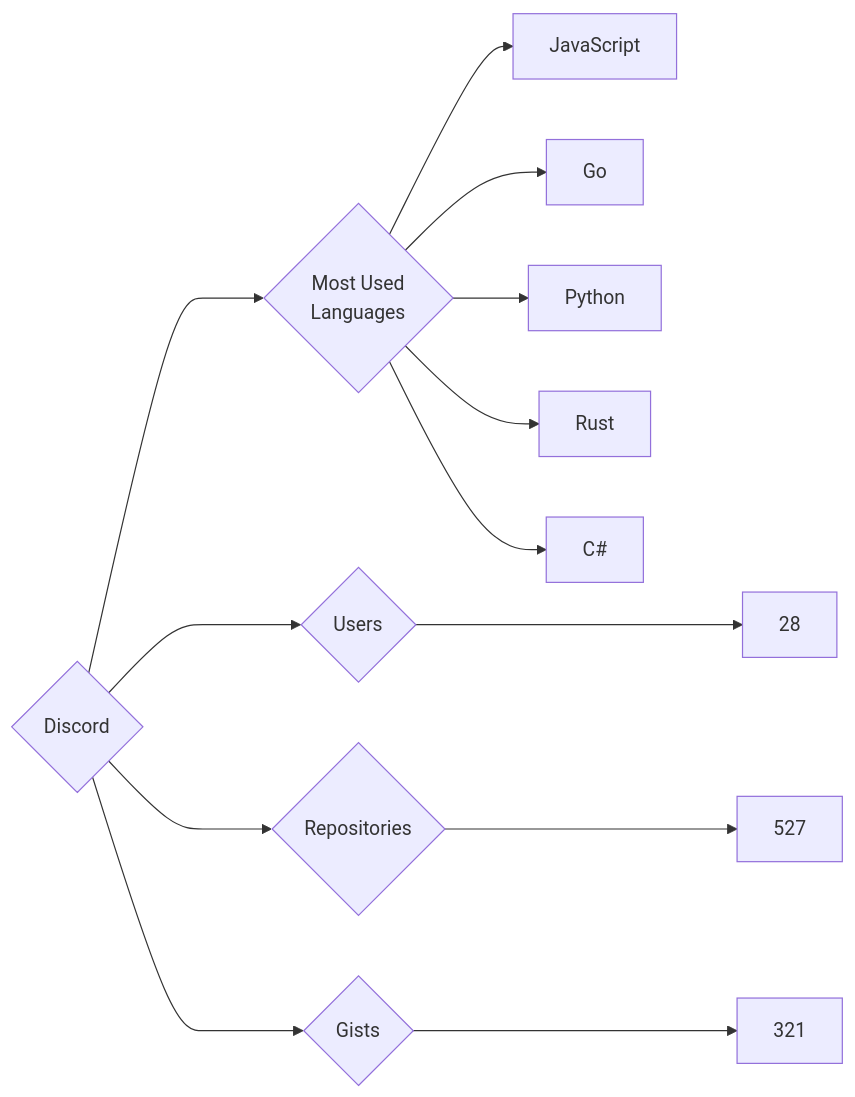
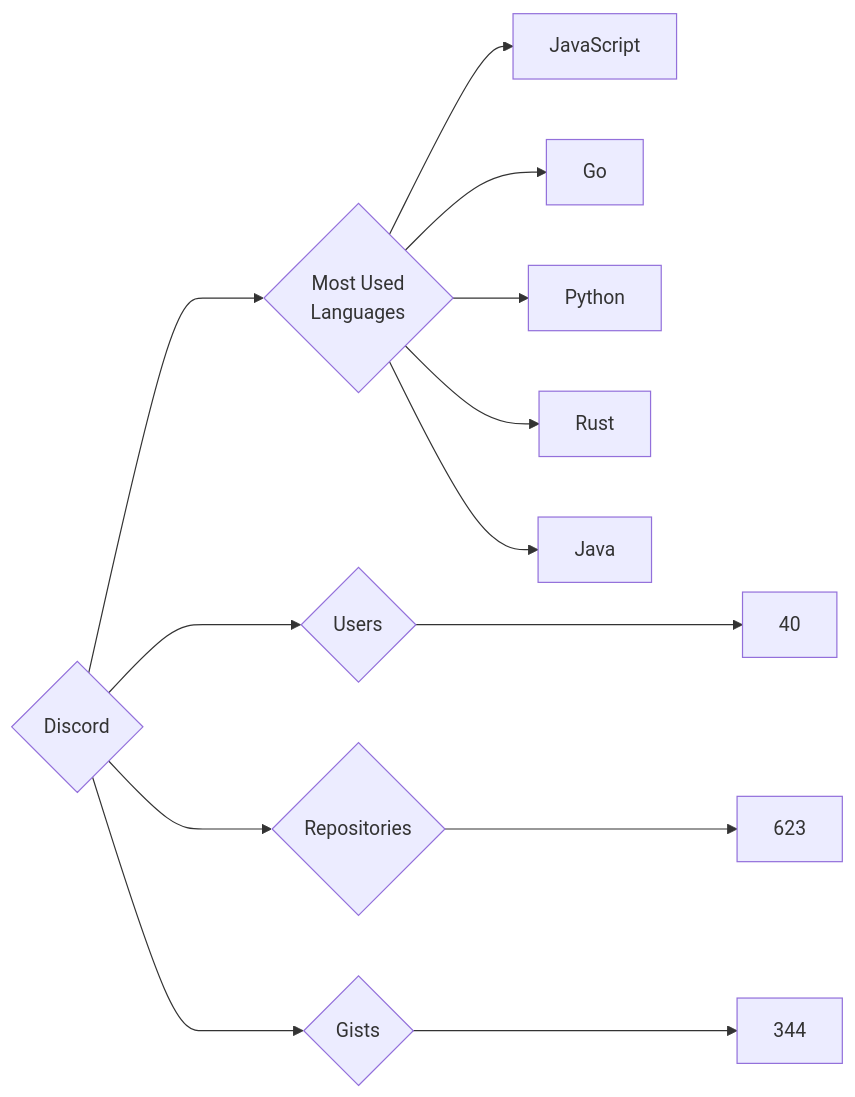
One commit to trickest/insiders changed the diagram in targets/Discord/README.md. Above: the diagram before and after it, drawn with Mermaid. The commit also changed 924 other files, not shown here.

````diff
--- a/targets/Discord/README.md
+++ b/targets/Discord/README.md
@@ -3,13 +3,13 @@
 ```mermaid
 graph LR
 COMPANY_NAME{Discord}
-COMPANY_NAME ---> U{Users} ---> UN[28]
-COMPANY_NAME ---> R{Repositories} ---> RN[527]
-COMPANY_NAME ---> G{Gists} ---> GN[321]
+COMPANY_NAME ---> U{Users} ---> UN[40]
+COMPANY_NAME ---> R{Repositories} ---> RN[623]
+COMPANY_NAME ---> G{Gists} ---> GN[344]
 COMPANY_NAME ---> ML{Most Used<br>Languages}
 ML --> JavaScript[JavaScript]
 ML --> Go[Go]
 ML --> Python[Python]
 ML --> Rust[Rust]
-ML --> C#[C#]
+ML --> Java[Java]
 ```
````
